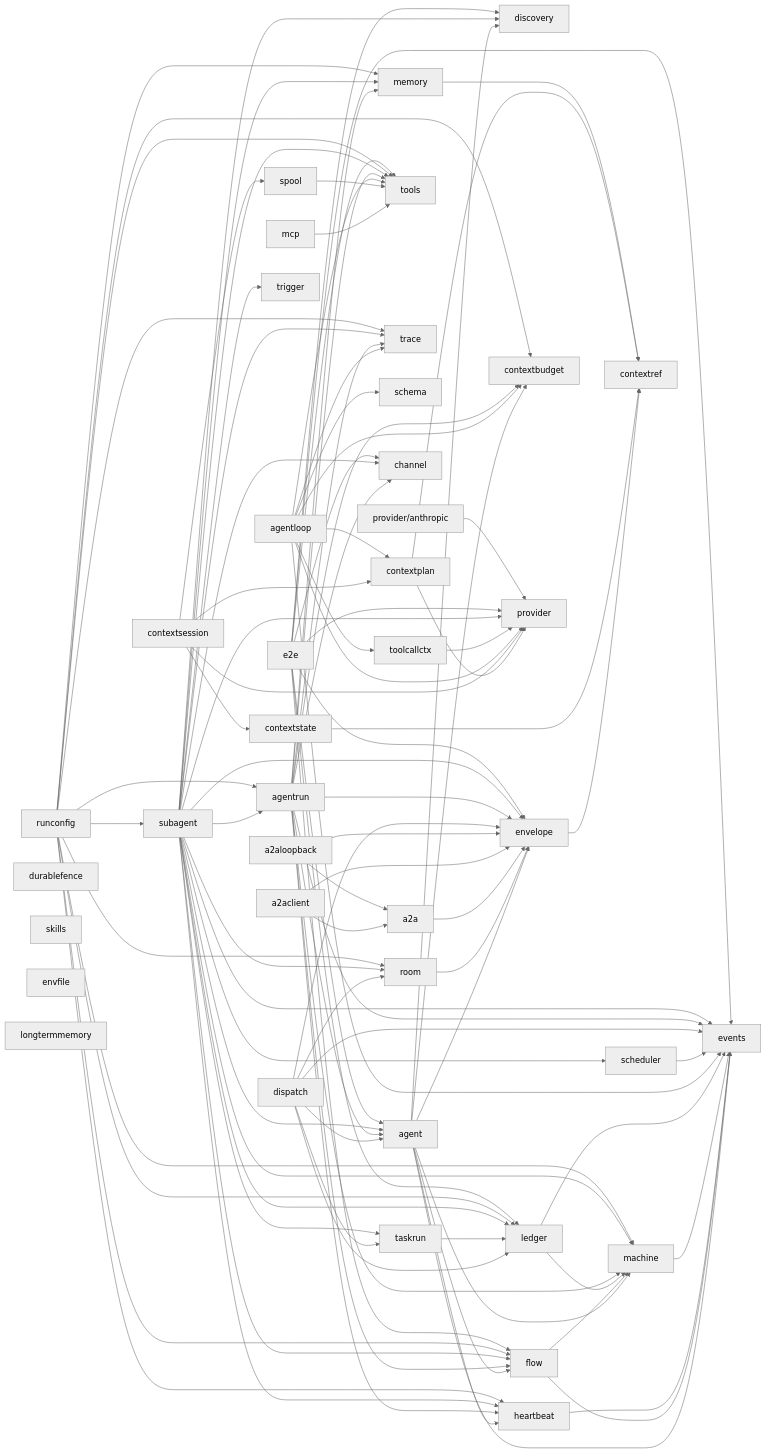
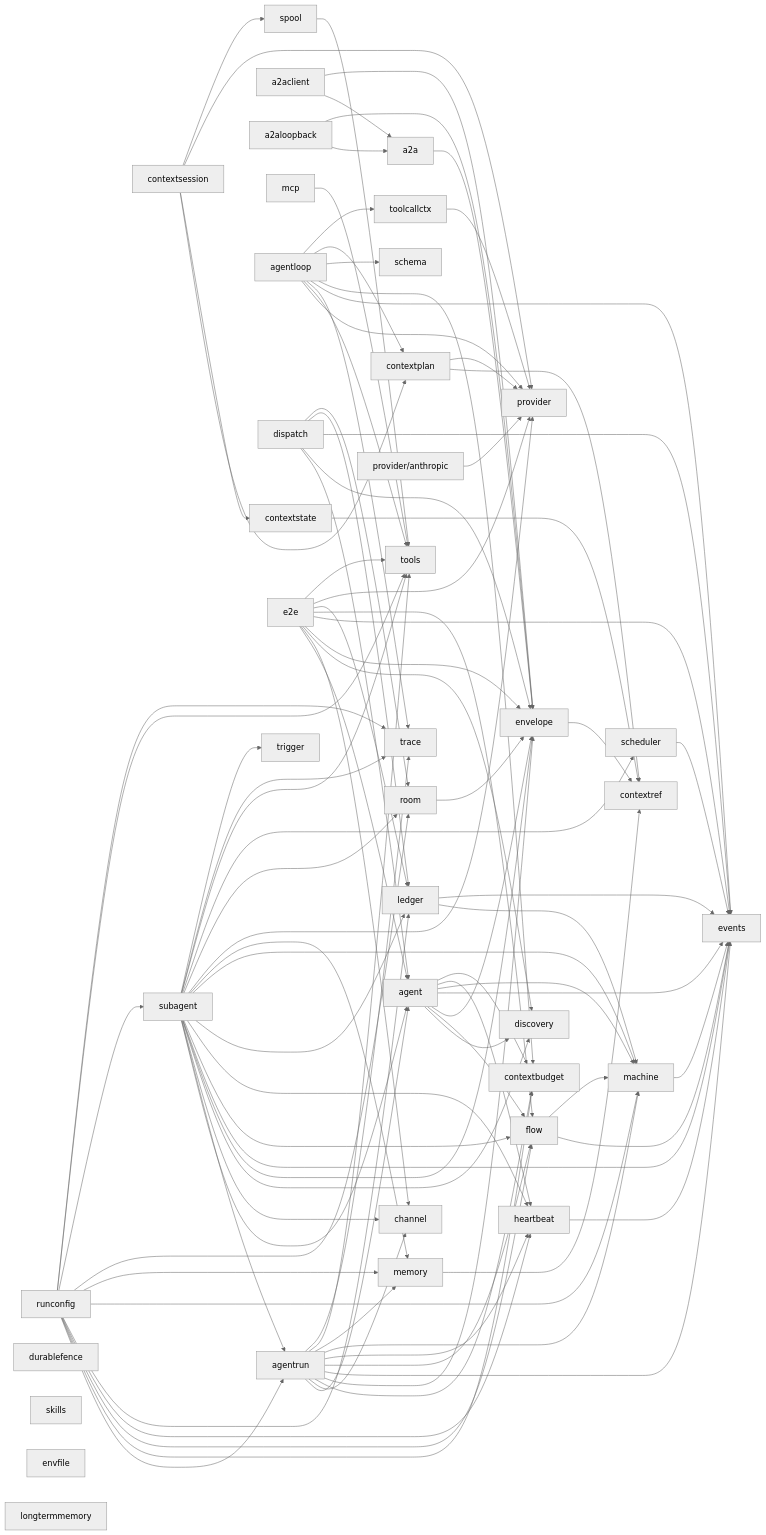
Before and after one commit to MiviaLabs/mivia-ai-sdk: the first of 2 diagrams in docs/architecture.md, drawn with Mermaid (neutral theme). The commit also changed other lines of this file and 25 other files, not shown here.

First line of the commit message:
feat(ledger): fold taskrun into ledger

```diff
--- a/docs/architecture.md
+++ b/docs/architecture.md
@@ -81,7 +81,6 @@
     dispatch --> events
     dispatch --> ledger
     dispatch --> room
-    dispatch --> taskrun
     agentrun --> agent
     agentrun --> channel
     agentrun --> contextbudget
@@ -93,7 +92,6 @@
     agentrun --> memory
     agentrun --> tools
     agentrun --> trace
-    taskrun --> ledger
     subagent --> agent
     subagent --> agentrun
     subagent --> channel
@@ -108,7 +106,6 @@
     subagent --> provider
     subagent --> room
     subagent --> scheduler
-    subagent --> taskrun
     subagent --> tools
     subagent --> trace
     subagent --> trigger
```
